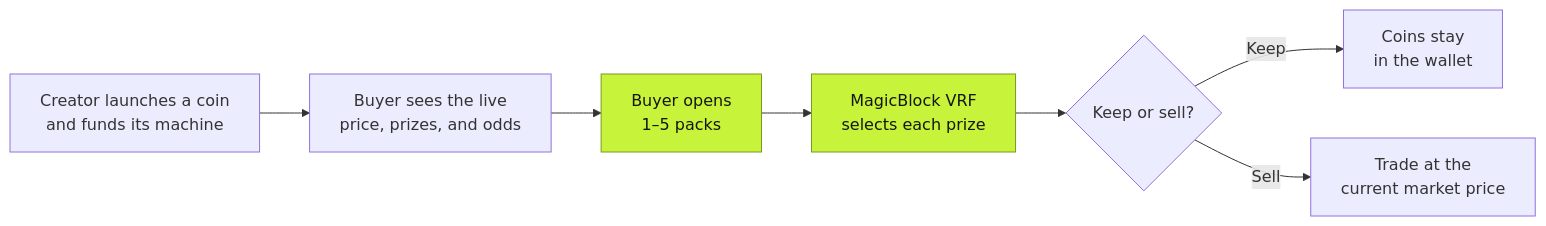
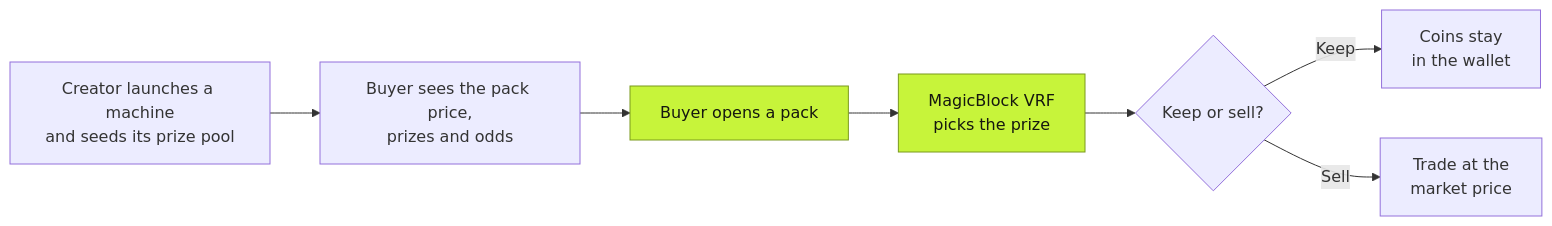
One commit to gabox-labs/.github changed the diagram in profile/README.md. Above: the diagram before and after it, drawn with Mermaid. The commit also changed other lines of this file, not shown here.

````diff
--- a/profile/README.md
+++ b/profile/README.md
@@ -24,12 +35,12 @@
 ```mermaid
 flowchart LR
-    A[Creator launches a coin<br/>and funds its machine] --> B[Buyer sees the live<br/>price, prizes, and odds]
-    B --> C[Buyer opens<br/>1–5 packs]
-    C --> D[MagicBlock VRF<br/>selects each prize]
+    A[Creator launches a machine<br/>and seeds its prize pool] --> B[Buyer sees the pack price,<br/>prizes and odds]
+    B --> C[Buyer opens a pack]
+    C --> D[MagicBlock VRF<br/>picks the prize]
     D --> E{Keep or sell?}
     E -->|Keep| F[Coins stay<br/>in the wallet]
-    E -->|Sell| G[Trade at the<br/>current market price]
+    E -->|Sell| G[Trade at the<br/>market price]
 
     classDef lime fill:#C7F43A,stroke:#7A9A1D,color:#15170F
     class C,D lime
 ```
````
